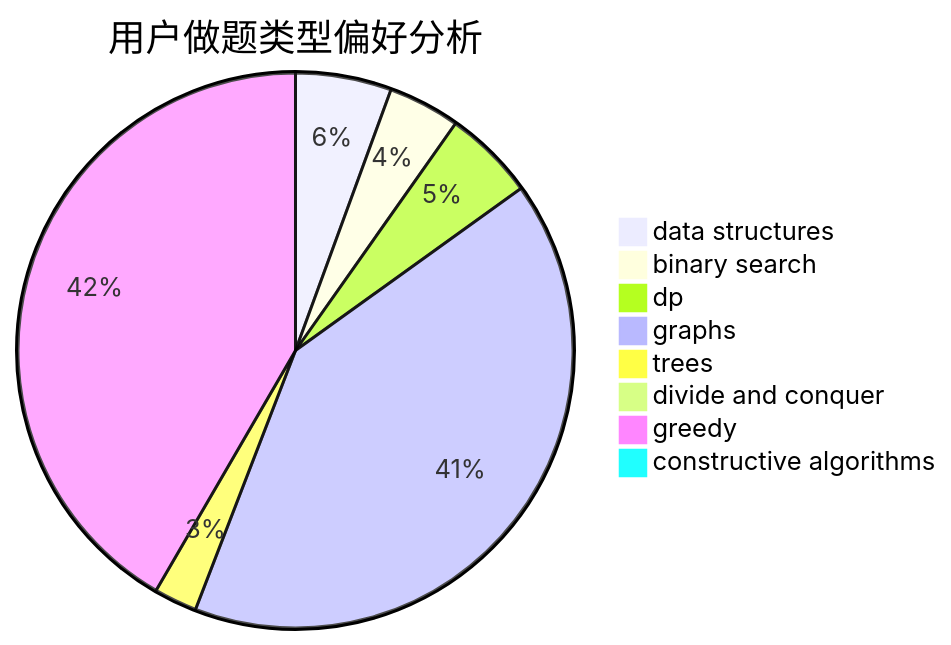
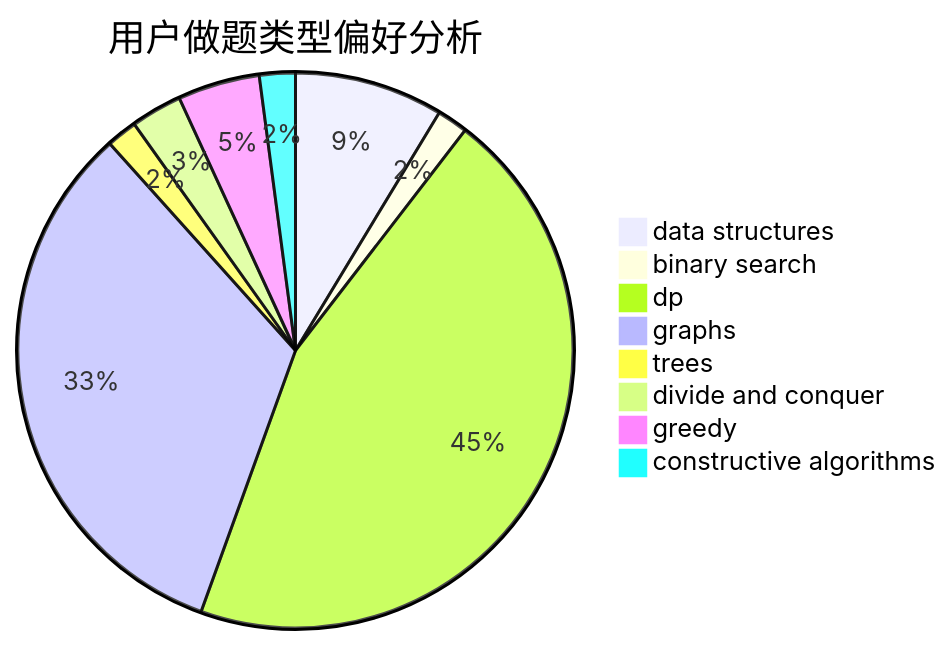
One commit to sherpahu/cfrs.github.io changed the second of 3 diagrams in docs/user/u66.md. Above: the diagram before and after it, drawn with Mermaid. The commit also changed other lines of this file and 2770 other files, not shown here.

````diff
--- a/docs/user/u66.md
+++ b/docs/user/u66.md
@@ -23,11 +23,11 @@
 ```mermaid
 pie title 用户做题类型偏好分析
-    "data structures" :  20
-    "binary search" :  15
-    "dp" :  19
-    "graphs" :  146
-    "trees" :  9
-    "divide and conquer" :  0
-    "greedy" :  149
-    "constructive algorithms" :  0
+    "data structures" :  29
+    "binary search" :  6
+    "dp" :  151
+    "graphs" :  110
+    "trees" :  6
+    "divide and conquer" :  10
+    "greedy" :  16
+    "constructive algorithms" :  7
 ```
````
